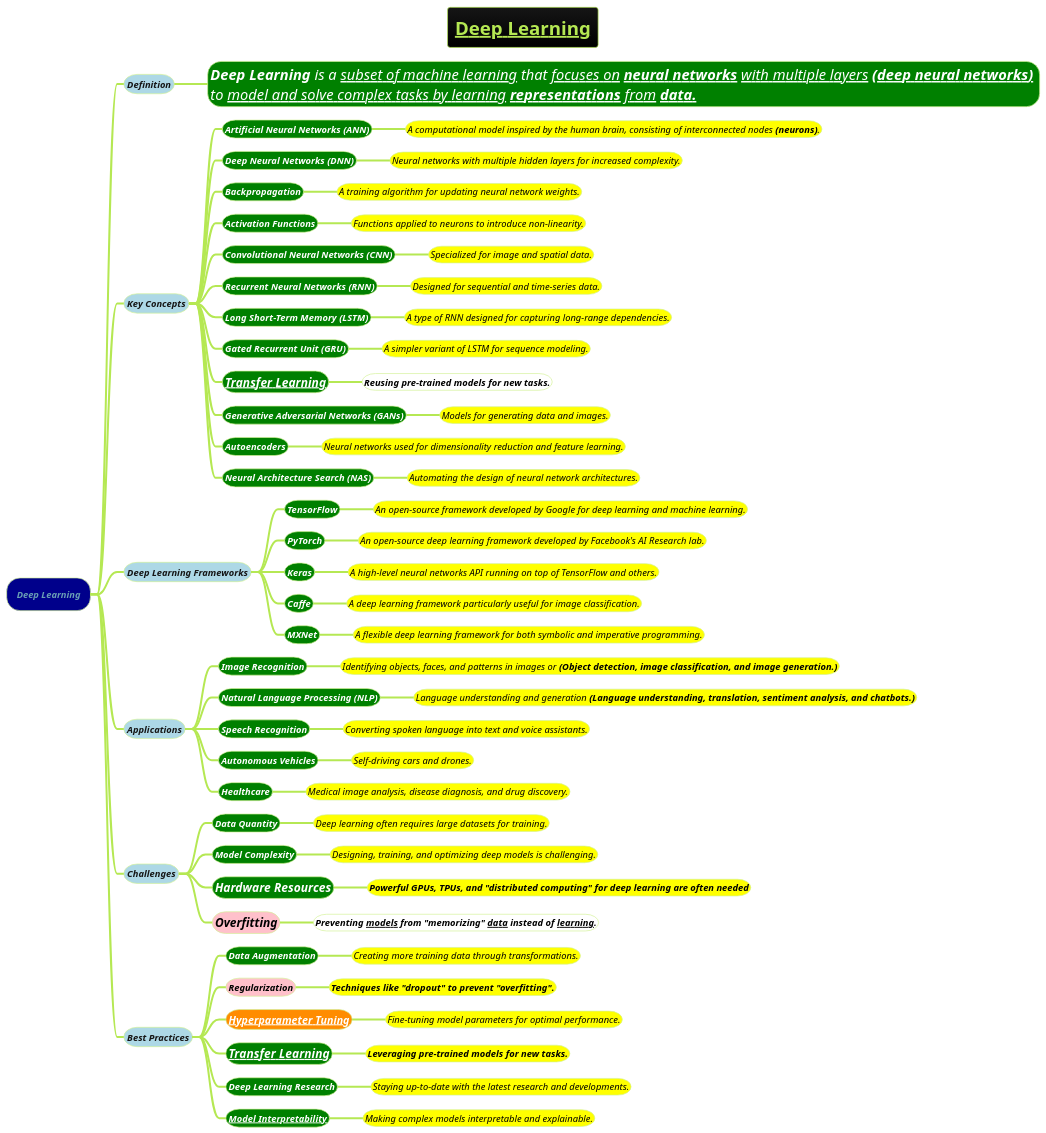
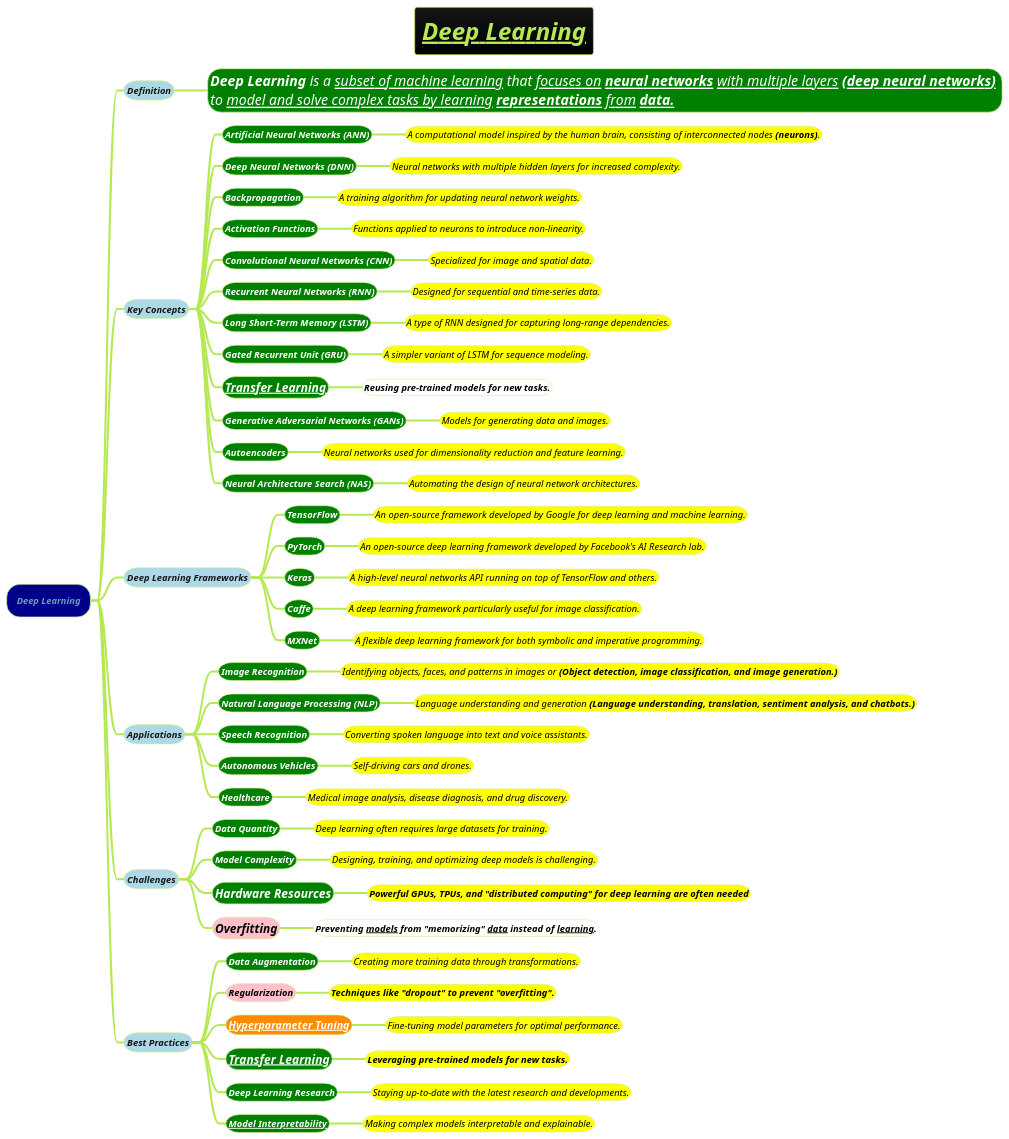
The diagram in docs/AI-ML-DL-Data-Science-and-BigData/machine-learning-ML/3-deep-learning-DL/Deep-Learning.puml (MehmoodHashmi/Documentation-as-Code-DaC), drawn with PlantUML before and after one commit.

```diff
--- a/docs/AI-ML-DL-Data-Science-and-BigData/machine-learning-ML/3-deep-learning-DL/Deep-Learning.puml
+++ b/docs/AI-ML-DL-Data-Science-and-BigData/machine-learning-ML/3-deep-learning-DL/Deep-Learning.puml
@@ -1,83 +1,83 @@
 @startmindmap
-title =__Deep Learning__
+title =<b><i>__Deep Learning__
 !theme hacker
 
 *[#darkblue] <size:14><i>Deep Learning
 **[#lightblue] <size:14><i>Definition
-***[#green] <i><color #white><size:22>**Deep Learning** is a __subset of machine learning__ that __focuses on **[[Neural-Network-Architecture.puml neural networks]]** with multiple layers **[[Neural-Network-Architecture.puml (deep neural networks)]]**__ \n<i><size:22><color #white>to __model and solve complex tasks by learning **representations** from **data.**__
+***[#green] <i><color #white><size:21>**Deep Learning** is a __subset of machine learning__ that __focuses on **[[Neural-Network-Architecture.puml neural networks]]** with multiple layers **[[Neural-Network-Architecture.puml (deep neural networks)]]**__ \n<i><size:21><color #white>to __model and solve complex tasks by learning **representations** from **data.**__
 
 **[#lightblue] <size:14><i>Key Concepts
 ***[#green] <color #white><b><size:14><i>Artificial Neural Networks **(ANN)**
 ****[#yellow] <i><color #black><size:14>A computational model inspired by the human brain, consisting of interconnected nodes **(neurons)**.
 ***[#green] <color #white><b><size:14><i>Deep Neural Networks **(DNN)**
 ****[#yellow] <i><color #black><size:14>Neural networks with multiple hidden layers for increased complexity.
 ***[#green] <color #white><b><size:14><i>Backpropagation
 ****[#yellow] <i><color #black><size:14>A training algorithm for updating neural network weights.
 ***[#green] <color #white><b><size:14><i>Activation Functions
 ****[#yellow] <i><color #black><size:14>Functions applied to neurons to introduce non-linearity.
 ***[#green] <color #white><b><size:14><i>Convolutional Neural Networks **(CNN)**
 ****[#yellow] <i><color #black><size:14>Specialized for image and spatial data.
 ***[#green] <color #white><b><size:14><i>Recurrent Neural Networks **(RNN)**
 ****[#yellow] <i><color #black><size:14>Designed for sequential and time-series data.
 ***[#green] <color #white><b><size:14><i>Long Short-Term Memory **(LSTM)**
 ****[#yellow] <i><color #black><size:14>A type of RNN designed for capturing long-range dependencies.
 ***[#green] <color #white><b><size:14><i>Gated Recurrent Unit **(GRU)**
 ****[#yellow] <i><color #black><size:14>A simpler variant of LSTM for sequence modeling.
 ***[#green] <i><color #white><size:18><b>[[Model-Fine-Tuning.puml Transfer Learning]]
 ****[#white] <i><color #black><size:14>**Reusing pre-trained models for new tasks.**
 ***[#green] <color #white><b><size:14><i>Generative Adversarial Networks **(GANs)**
 ****[#yellow] <i><color #black><size:14>Models for generating data and images.
 ***[#green] <color #white><b><size:14><i>Autoencoders
 ****[#yellow] <i><color #black><size:14>Neural networks used for dimensionality reduction and feature learning.
 ***[#green] <color #white><b><size:14><i>Neural Architecture Search **(NAS)**
 ****[#yellow] <i><color #black><size:14>Automating the design of neural network architectures.
 
 **[#lightblue] <size:14><i>Deep Learning Frameworks
 ***[#green] <color #white><b><size:14><i>TensorFlow
 ****[#yellow] <i><color #black><size:14>An open-source framework developed by Google for deep learning and machine learning.
 ***[#green] <color #white><b><size:14><i>PyTorch
 ****[#yellow] <i><color #black><size:14>An open-source deep learning framework developed by Facebook's AI Research lab.
 ***[#green] <color #white><b><size:14><i>Keras
 ****[#yellow] <i><color #black><size:14>A high-level neural networks API running on top of TensorFlow and others.
 ***[#green] <color #white><b><size:14><i>Caffe
 ****[#yellow] <i><color #black><size:14>A deep learning framework particularly useful for image classification.
 ***[#green] <color #white><b><size:14><i>MXNet
 ****[#yellow] <i><color #black><size:14>A flexible deep learning framework for both symbolic and imperative programming.
 
 **[#lightblue] <size:14><i>Applications
 ***[#green] <color #white><b><size:14><i>Image Recognition
 ****[#yellow] <i><color #black><size:14>Identifying objects, faces, and patterns in images or **(Object detection, image classification, and image generation.)**
 ***[#green] <color #white><b><size:14><i>Natural Language Processing **(NLP)**
 ****[#yellow] <i><color #black><size:14>Language understanding and generation **(Language understanding, translation, sentiment analysis, and chatbots.)**
 ***[#green] <color #white><b><size:14><i>Speech Recognition
 ****[#yellow] <i><color #black><size:14>Converting spoken language into text and voice assistants.
 ***[#green] <color #white><b><size:14><i>Autonomous Vehicles
 ****[#yellow] <i><color #black><size:14>Self-driving cars and drones.
 ***[#green] <color #white><b><size:14><i>Healthcare
 ****[#yellow] <i><color #black><size:14>Medical image analysis, disease diagnosis, and drug discovery.
 
 **[#lightblue] <size:14><i>Challenges
 ***[#green] <color #white><b><size:14><i>Data Quantity
 ****[#yellow] <i><color #black><size:14>Deep learning often requires large datasets for training.
 ***[#green] <color #white><b><size:14><i>Model Complexity
 ****[#yellow] <i><color #black><size:14>Designing, training, and optimizing deep models is challenging.
 ***[#green] <color #white><b><size:18><i>Hardware Resources
 ****[#yellow] <i><color #black><size:14><b>Powerful GPUs, TPUs, and "distributed computing" for deep learning are often needed
 ***[#pink] <i><color #black><size:18>**Overfitting**
 ****[#white] <i><color #black><size:14>**Preventing __models__ from "memorizing" __data__ instead of __learning__.**
 
 **[#lightblue] <size:14><i>Best Practices
 ***[#green] <color #white><b><size:14><i>Data Augmentation
 ****[#yellow] <i><color #black><size:14>Creating more training data through transformations.
 ***[#pink] <i><color #black><size:14>**Regularization**
 ****[#yellow] <i><color #black><size:14>**Techniques like "dropout" to prevent "overfitting".**
 ***[#darkorange] <i><color #black><size:16><b>[[Hyperparameter-Tuning.puml Hyperparameter Tuning]]
 ****[#yellow] <i><color #black><size:14>Fine-tuning model parameters for optimal performance.
 ***[#green] <i><color #white><size:18><b>[[Model-Fine-Tuning.puml Transfer Learning]]
 ****[#yellow] <i><color #black><size:14>**Leveraging pre-trained models for new tasks.**
 ***[#green] <color #white><b><size:14><i>Deep Learning Research
 ****[#yellow] <i><color #black><size:14>Staying up-to-date with the latest research and developments.
 ***[#green] <color #white><b><size:14><i>[[how-to/Model-Explainability.puml Model Interpretability]]
 ****[#yellow] <i><color #black><size:14>Making complex models interpretable and explainable.
 
 @endmindmap
```
